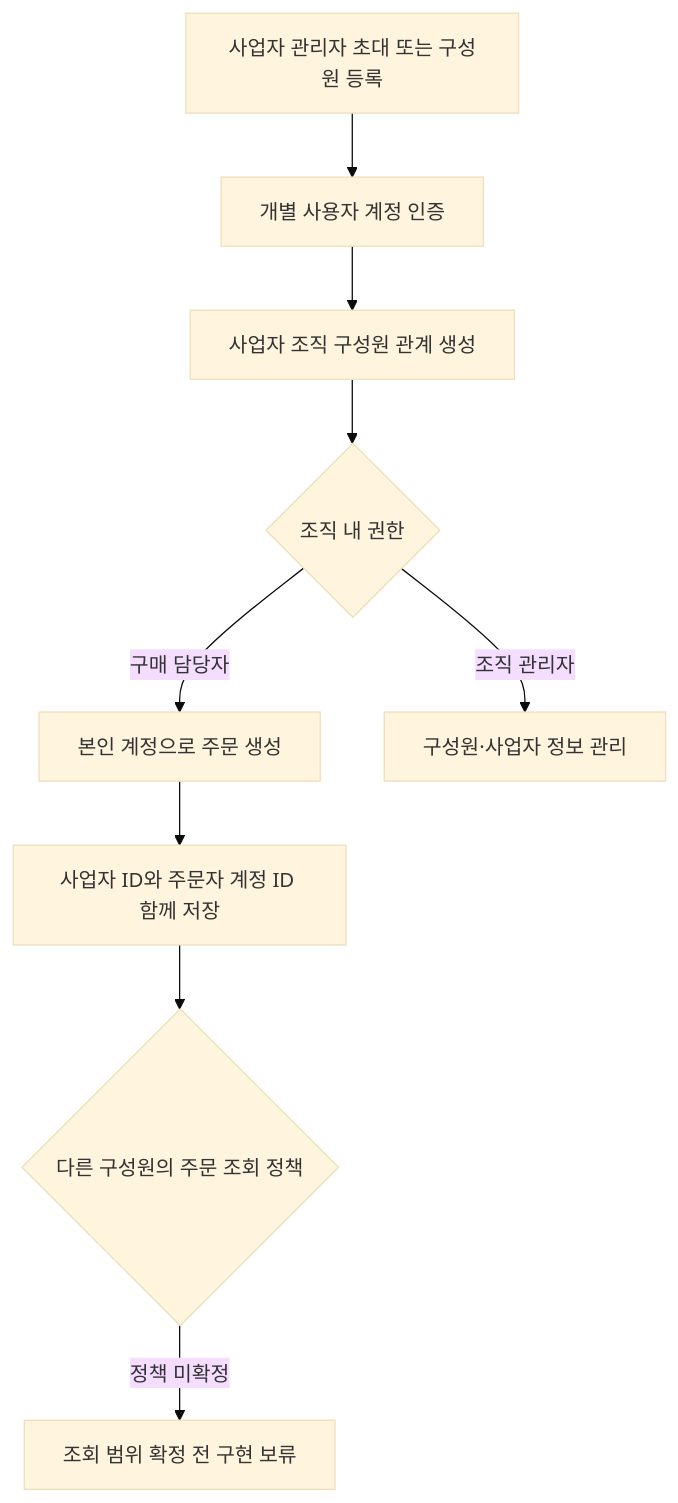
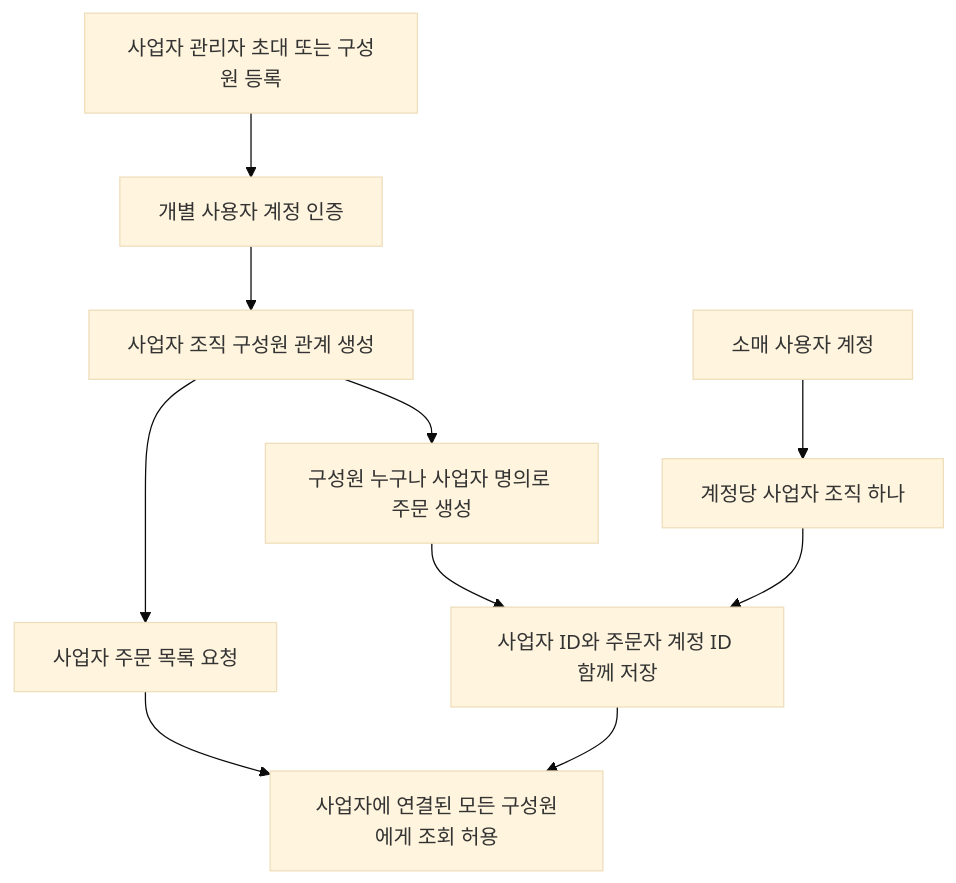
Before and after one commit to DongHyeonEom/umji-market-api: the diagram in docs/services/account.md, drawn with Mermaid (base theme). The commit also changed other lines of this file and 2 other files, not shown here.

Commit message:
docs: clarify business-wide order ownership

````diff
--- a/docs/services/account.md
+++ b/docs/services/account.md
@@ -19,11 +21,12 @@
 ```mermaid
 flowchart TD
     INVITE[사업자 관리자 초대 또는 구성원 등록] --> VERIFY[개별 사용자 계정 인증]
     VERIFY --> MEMBER[사업자 조직 구성원 관계 생성]
-    MEMBER --> ROLE{조직 내 권한}
-    ROLE -- 구매 담당자 --> ORDER[본인 계정으로 주문 생성]
-    ROLE -- 조직 관리자 --> MANAGE[구성원·사업자 정보 관리]
+    MEMBER --> ORDER[구성원 누구나 사업자 명의로 주문 생성]
     ORDER --> CONTEXT[사업자 ID와 주문자 계정 ID 함께 저장]
-    CONTEXT --> ACCESS{다른 구성원의 주문 조회 정책}
-    ACCESS -- 정책 미확정 --> TODO[조회 범위 확정 전 구현 보류]
+    MEMBER --> QUERY[사업자 주문 목록 요청]
+    CONTEXT --> ALL[사업자에 연결된 모든 구성원에게 조회 허용]
+    QUERY --> ALL
+    RETAIL[소매 사용자 계정] --> ONE[계정당 사업자 조직 하나]
+    ONE --> CONTEXT
 ```
````
